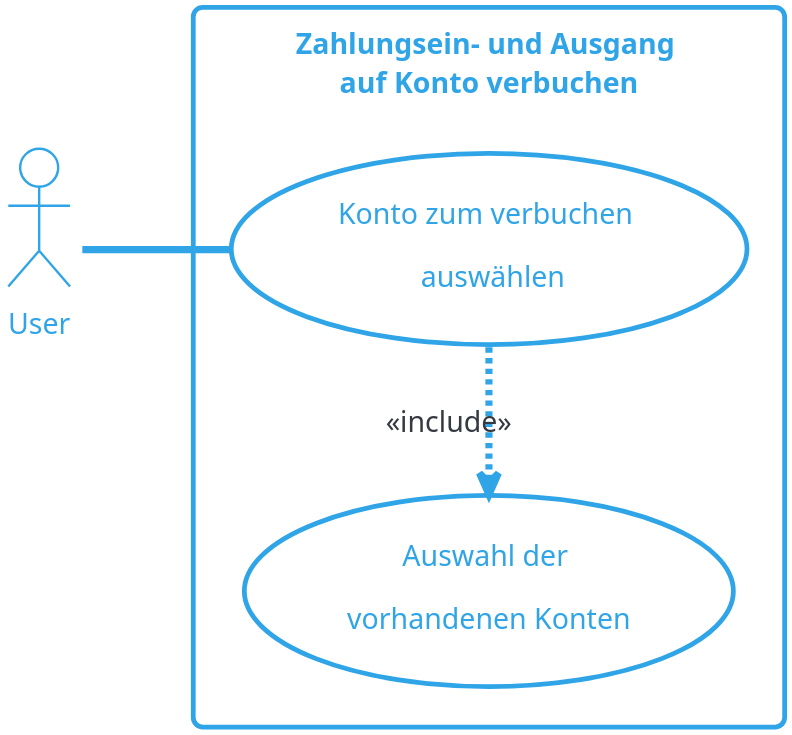
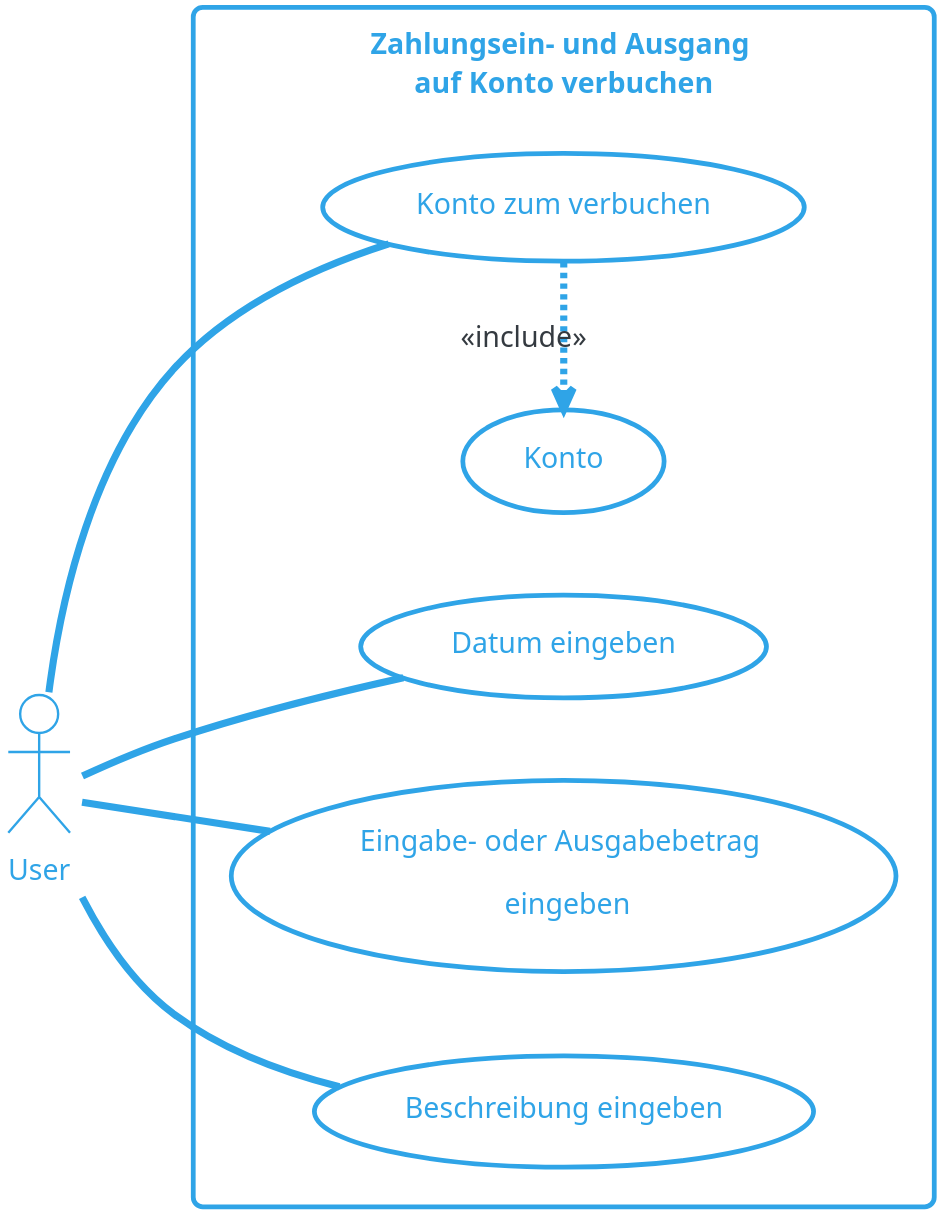
Before and after one commit to sirtheta/ImmoGlobal_Semesterarbeit: the diagram in docs/content/diagrams/usecase/verbuchenAufKonto.wsd, drawn with PlantUML. The commit also changed 16 other files, not shown here.

```diff
--- a/docs/content/diagrams/usecase/verbuchenAufKonto.wsd
+++ b/docs/content/diagrams/usecase/verbuchenAufKonto.wsd
@@ -1,12 +1,18 @@
 @startuml ZahlungseingangaufKontoverbuchen
 !theme cerulean-outline
 skinparam dpi 300
 left to right direction
-actor "User" as fc
+actor "User" as user
 rectangle "Zahlungsein- und Ausgang \nauf Konto verbuchen" {
-  usecase "Konto zum verbuchen \n auswählen" as UC1
-  usecase "Auswahl der \nvorhandenen Konten" as inc1
+  usecase "Konto zum verbuchen" as UC1
+  usecase "Konto" as inc1
+  usecase "Datum eingeben" as UC2
+  usecase "Eingabe- oder Ausgabebetrag \n eingeben" as UC3
+  usecase "Beschreibung eingeben" as UC4
 } 
-fc -- UC1
+user -- UC1
 UC1 .left.> inc1 : <<include>>
+user -- UC2
+user -- UC3
+user -- UC4
 @enduml
```
